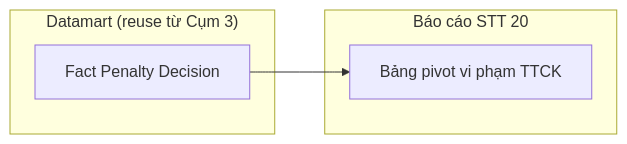
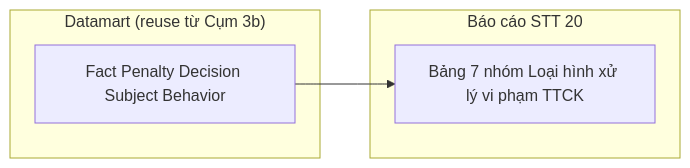
Before and after one commit to linhlvit/ubck_atomic_design: diagram 12 of 46 in Datamart/hld/DTM_TT_HLD.md, drawn with Mermaid. The commit also changed other lines of this file and 41 other files, not shown here.

````diff
--- a/Datamart/hld/DTM_TT_HLD.md
+++ b/Datamart/hld/DTM_TT_HLD.md
@@ -293,10 +395,10 @@
 ```mermaid
 flowchart LR
-    subgraph Datamart["Datamart (reuse từ Cụm 3)"]
-        G1["Fact Penalty Decision"]
+    subgraph Datamart["Datamart (reuse từ Cụm 3b)"]
+        G1["Fact Penalty Decision Subject Behavior"]
     end
     subgraph RPT["Báo cáo STT 20"]
-        R1["Bảng pivot vi phạm TTCK"]
+        R1["Bảng 7 nhóm Loại hình xử lý vi phạm TTCK"]
     end
     G1 --> R1
 ```
````
